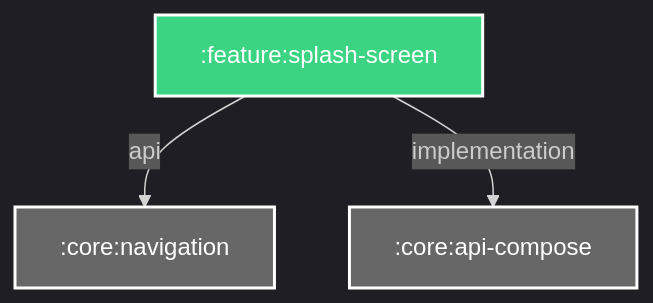
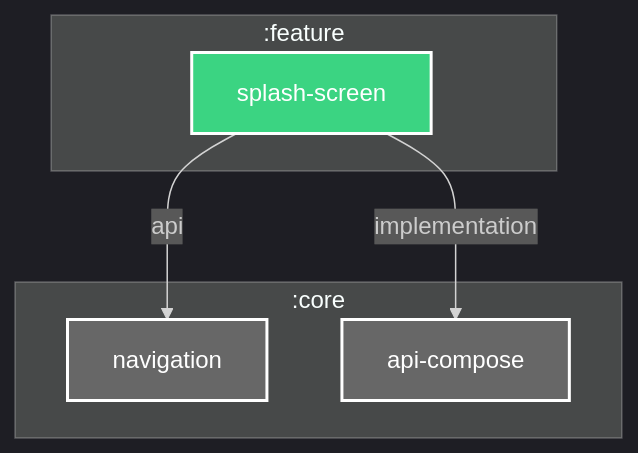
The diagram in feature/splash-screen/README.md (Dussim/cv-app), drawn with Mermaid before and after one commit. The commit also changed 24 other files, not shown here.

Commit message:
Update READMEs with module hierarchy graphs, refactor Gradle configurations, and bump dependencies

````diff
--- a/feature/splash-screen/README.md
+++ b/feature/splash-screen/README.md
@@ -3,18 +3,26 @@
 ```mermaid
 %%{
   init: {
     'theme': 'dark'
   }
 }%%
 
 graph TB
+  subgraph :feature
+    :feature:splash-screen["splash-screen"]
+  end
+  subgraph :core
+    :core:navigation["navigation"]
+    :core:api-compose["api-compose"]
+  end
+
   :feature:splash-screen -- api --> :core:navigation
   :feature:splash-screen -- implementation --> :core:api-compose
 
 classDef android-library fill:#3BD482,stroke:#fff,stroke-width:2px,color:#fff;
 classDef unknown fill:#676767,stroke:#fff,stroke-width:2px,color:#fff;
 class :feature:splash-screen android-library
 class :core:navigation unknown
 class :core:api-compose unknown
 
 ```
````
